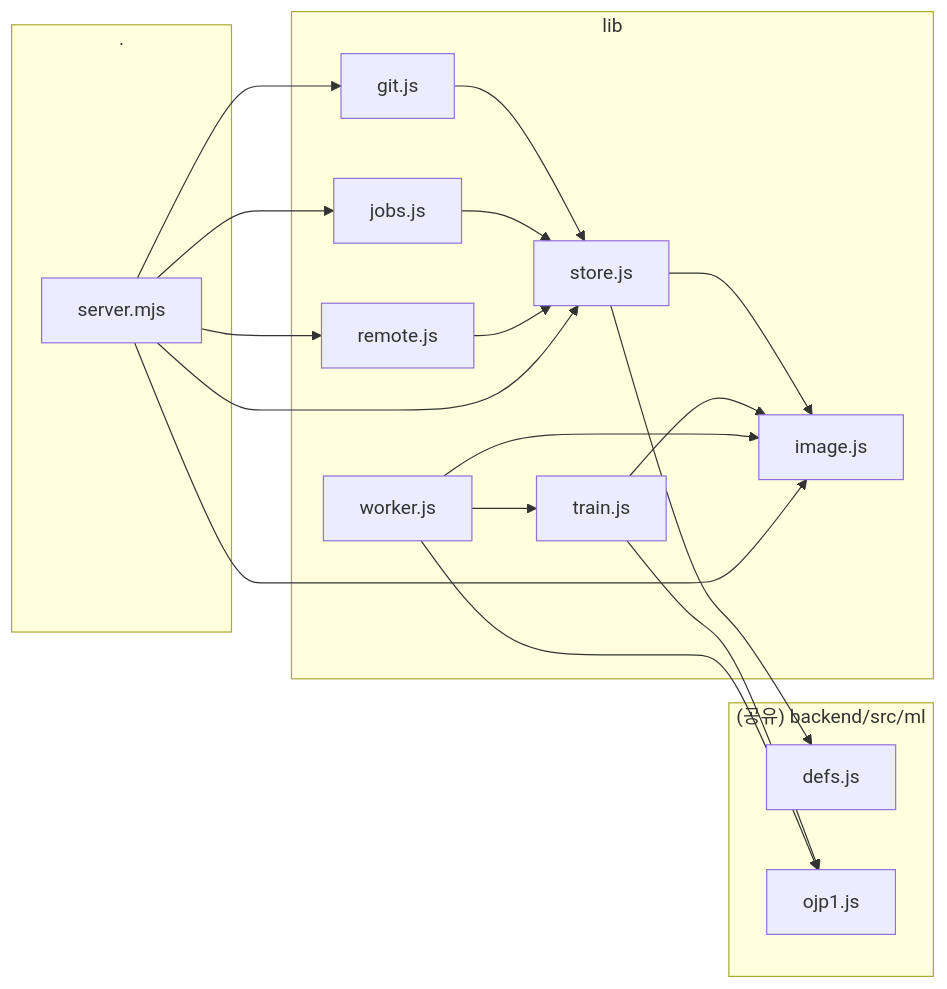
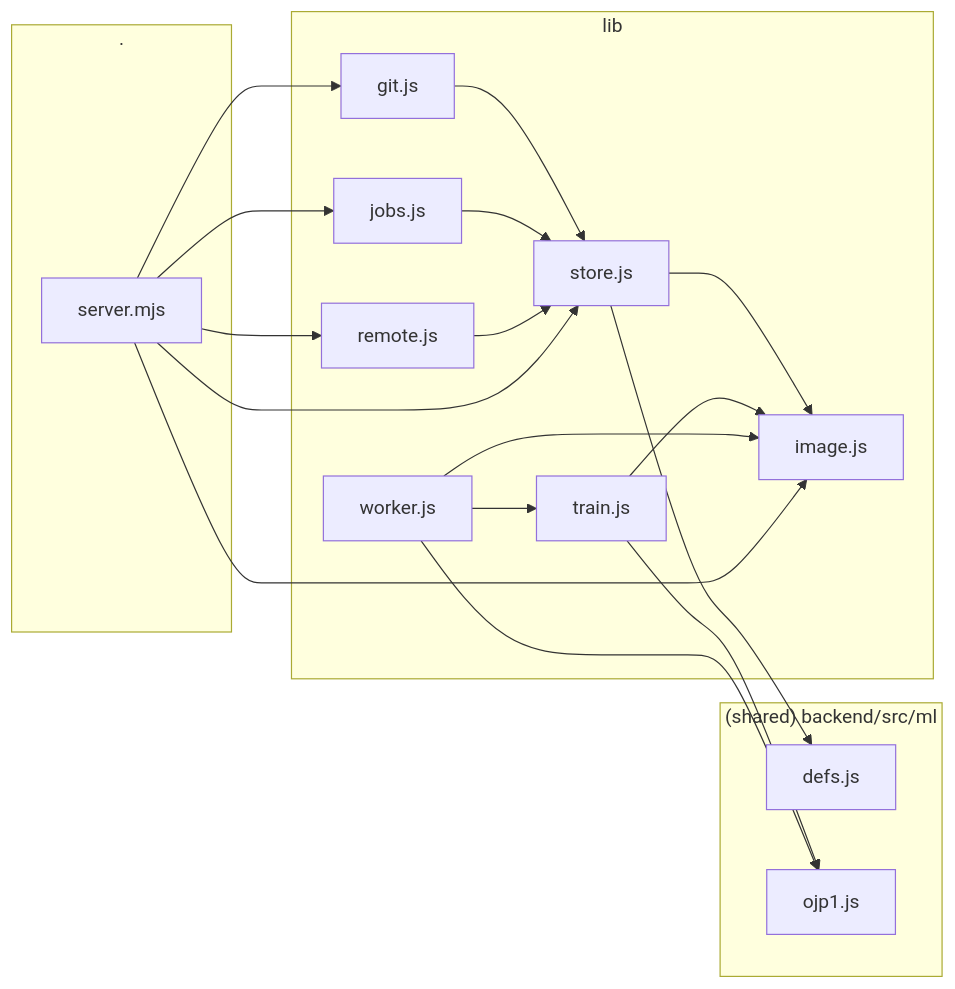
Before and after one commit to chungbrain/OOJOO-FARM: the second of 7 diagrams in docs/code-graph/generated.md, drawn with Mermaid. The commit also changed other lines of this file and 7 other files, not shown here.

First line of the commit message:
docs: English code graph as default, Korean in *_kor.md

````diff
--- a/docs/code-graph/generated.md
+++ b/docs/code-graph/generated.md
@@ -126,34 +126,34 @@
 ```mermaid
 flowchart LR
-  subgraph g____model_manager__ml_model_manager_______backend_src_ml["(공유) backend/src/ml"]
+  subgraph g_mm__shared__backend_src_ml["(shared) backend/src/ml"]
     backend_src_ml_defs_js["defs.js"]
     backend_src_ml_ojp1_js["ojp1.js"]
   end
-  subgraph g____model_manager__ml_model_manager___["."]
+  subgraph g_mm__["."]
     ml_model_manager_server_mjs["server.mjs"]
   end
-  subgraph g____model_manager__ml_model_manager__lib["lib"]
+  subgraph g_mm_lib["lib"]
     ml_model_manager_lib_git_js["git.js"]
     ml_model_manager_lib_image_js["image.js"]
     ml_model_manager_lib_jobs_js["jobs.js"]
     ml_model_manager_lib_remote_js["remote.js"]
     ml_model_manager_lib_store_js["store.js"]
     ml_model_manager_lib_train_js["train.js"]
     ml_model_manager_lib_worker_js["worker.js"]
   end
   ml_model_manager_lib_git_js --> ml_model_manager_lib_store_js
   ml_model_manager_lib_jobs_js --> ml_model_manager_lib_store_js
   ml_model_manager_lib_remote_js --> ml_model_manager_lib_store_js
   ml_model_manager_lib_store_js --> backend_src_ml_defs_js
   ml_model_manager_lib_store_js --> ml_model_manager_lib_image_js
   ml_model_manager_lib_train_js --> backend_src_ml_ojp1_js
   ml_model_manager_lib_train_js --> ml_model_manager_lib_image_js
   ml_model_manager_lib_worker_js --> backend_src_ml_ojp1_js
   ml_model_manager_lib_worker_js --> ml_model_manager_lib_image_js
   ml_model_manager_lib_worker_js --> ml_model_manager_lib_train_js
   ml_model_manager_server_mjs --> ml_model_manager_lib_store_js
   ml_model_manager_server_mjs --> ml_model_manager_lib_jobs_js
   ml_model_manager_server_mjs --> ml_model_manager_lib_git_js
   ml_model_manager_server_mjs --> ml_model_manager_lib_remote_js
   ml_model_manager_server_mjs --> ml_model_manager_lib_image_js
 ```
````
